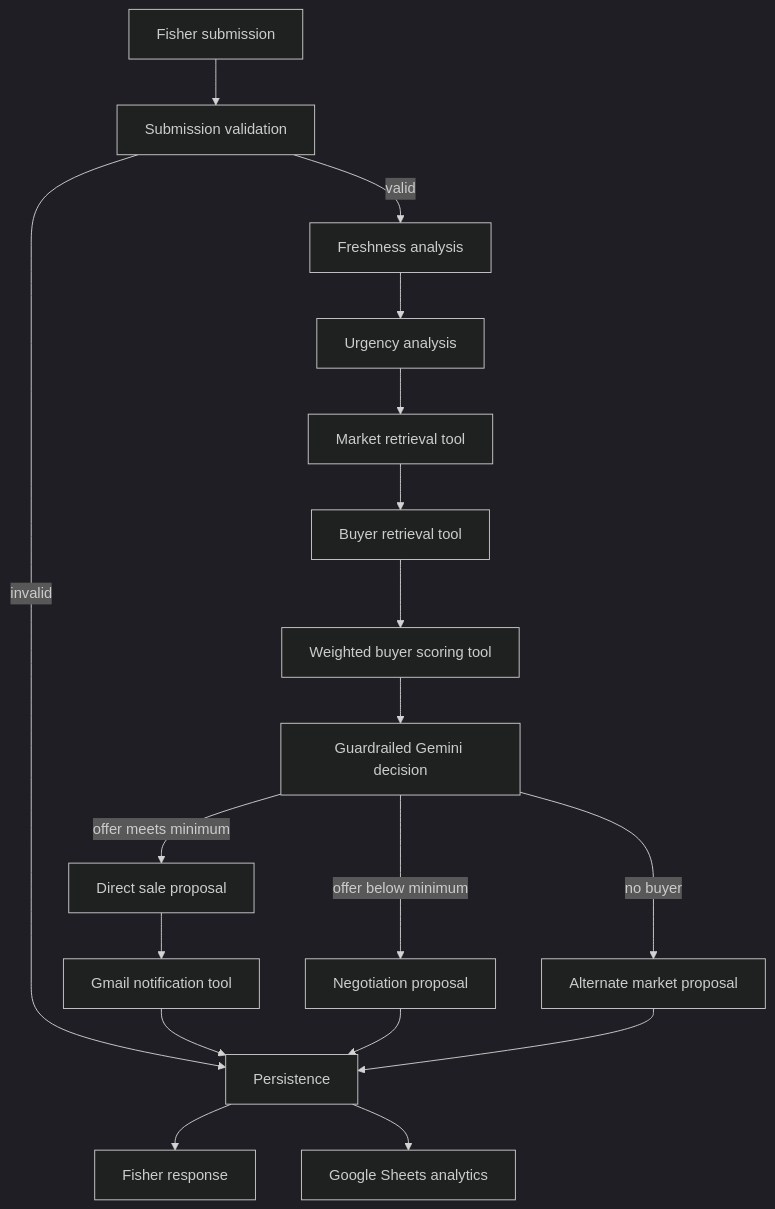
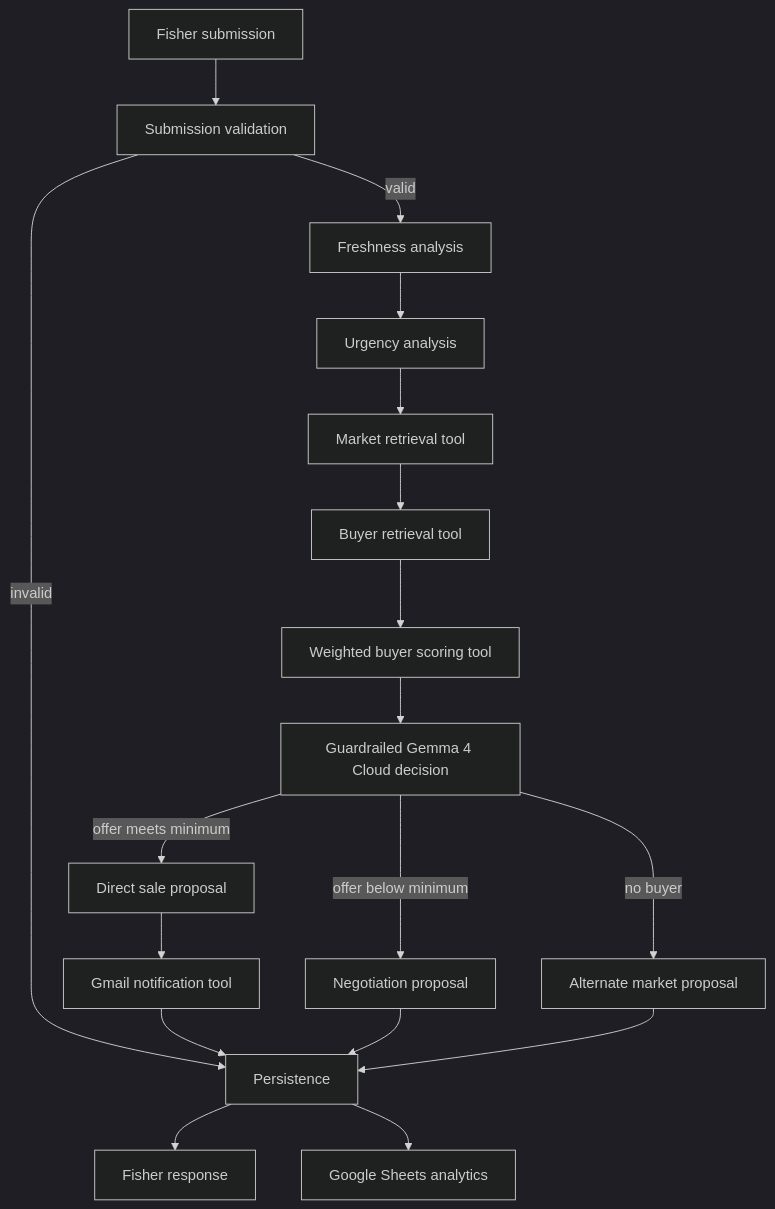
Before and after one commit to CodeWithShrey-collab/MatsyaLink-AI: the diagram in docs/architecture.md, drawn with Mermaid (dark theme). The commit also changed other lines of this file and 16 other files, not shown here.

````diff
--- a/docs/architecture.md
+++ b/docs/architecture.md
@@ -7,20 +7,20 @@
 ```mermaid
 flowchart TD
     A["Fisher submission"] --> B["Submission validation"]
     B -->|"valid"| C["Freshness analysis"]
     B -->|"invalid"| K["Persistence"]
     C --> D["Urgency analysis"]
     D --> E["Market retrieval tool"]
     E --> F["Buyer retrieval tool"]
     F --> G["Weighted buyer scoring tool"]
-    G --> H["Guardrailed Gemini decision"]
+    G --> H["Guardrailed Gemma 4 Cloud decision"]
     H -->|"offer meets minimum"| I["Direct sale proposal"]
     H -->|"offer below minimum"| J["Negotiation proposal"]
     H -->|"no buyer"| L["Alternate market proposal"]
     I --> M["Gmail notification tool"]
     M --> K
     J --> K
     L --> K
     K --> N["Fisher response"]
     K --> O["Google Sheets analytics"]
 ```
````
